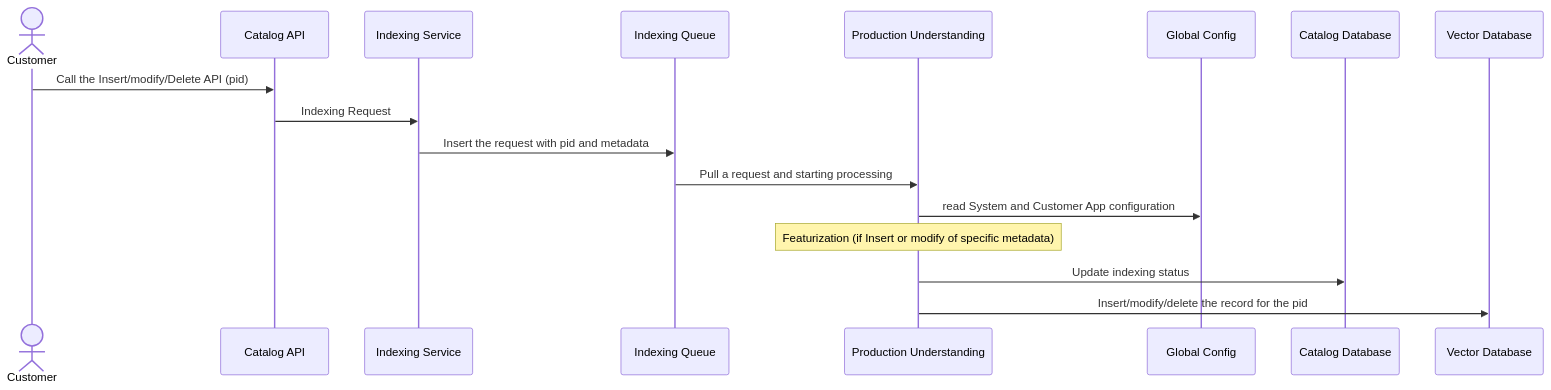
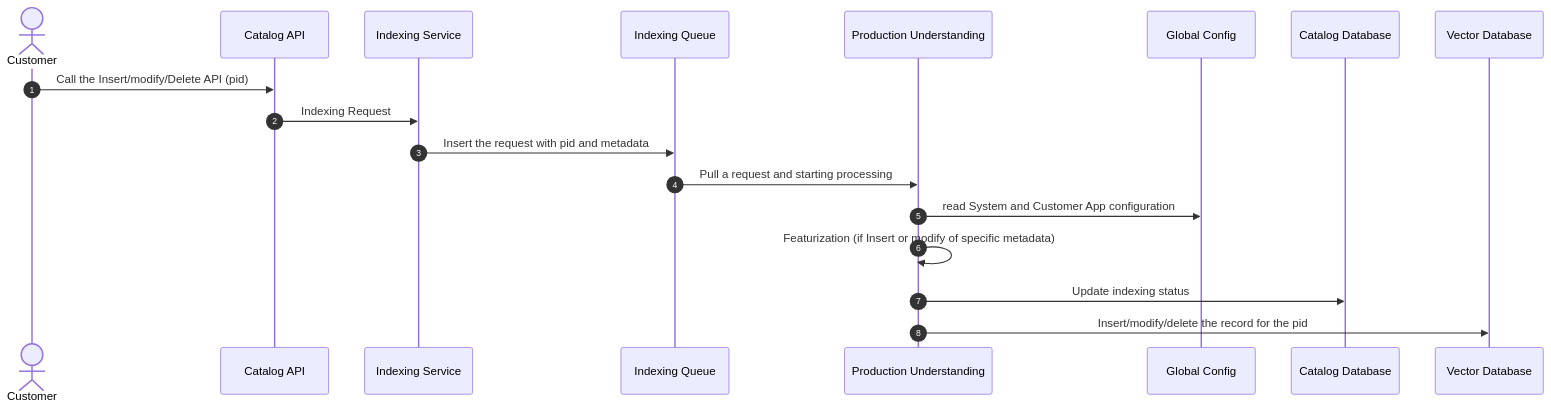
Before and after one commit to zchangvs/diagram: the diagram in Ingest_data_via_API.md, drawn with Mermaid.

Commit message:
Update Ingest_data_via_API.md
Add auto number

````diff
--- a/Ingest_data_via_API.md
+++ b/Ingest_data_via_API.md
@@ -1,12 +1,13 @@
 ```mermaid
 sequenceDiagram
+    autonumber
     Actor Customer
     Customer->> Catalog API: Call the Insert/modify/Delete API (pid)
     Catalog API ->> Indexing Service: Indexing Request
     Indexing Service ->> Indexing Queue: Insert the request with pid and metadata
     Indexing Queue ->>  Production Understanding: Pull a request and starting processing
     Production Understanding ->> Global Config: read System and Customer App configuration
-    Note over Production Understanding : Featurization (if Insert or modify of specific metadata)
+    Production Understanding ->> Production Understanding: Featurization (if Insert or modify of specific metadata)
     Production Understanding ->> Catalog Database : Update indexing status
     Production Understanding ->> Vector Database: Insert/modify/delete the record for the pid
 ```
````
